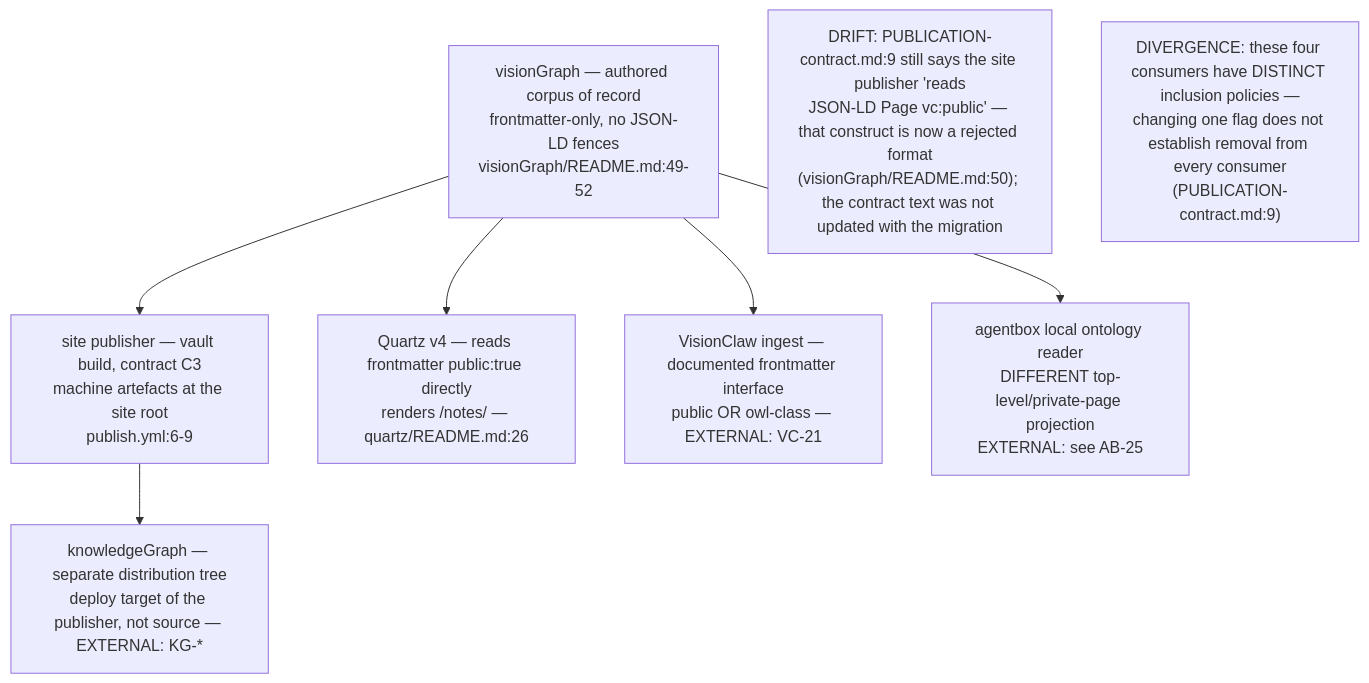
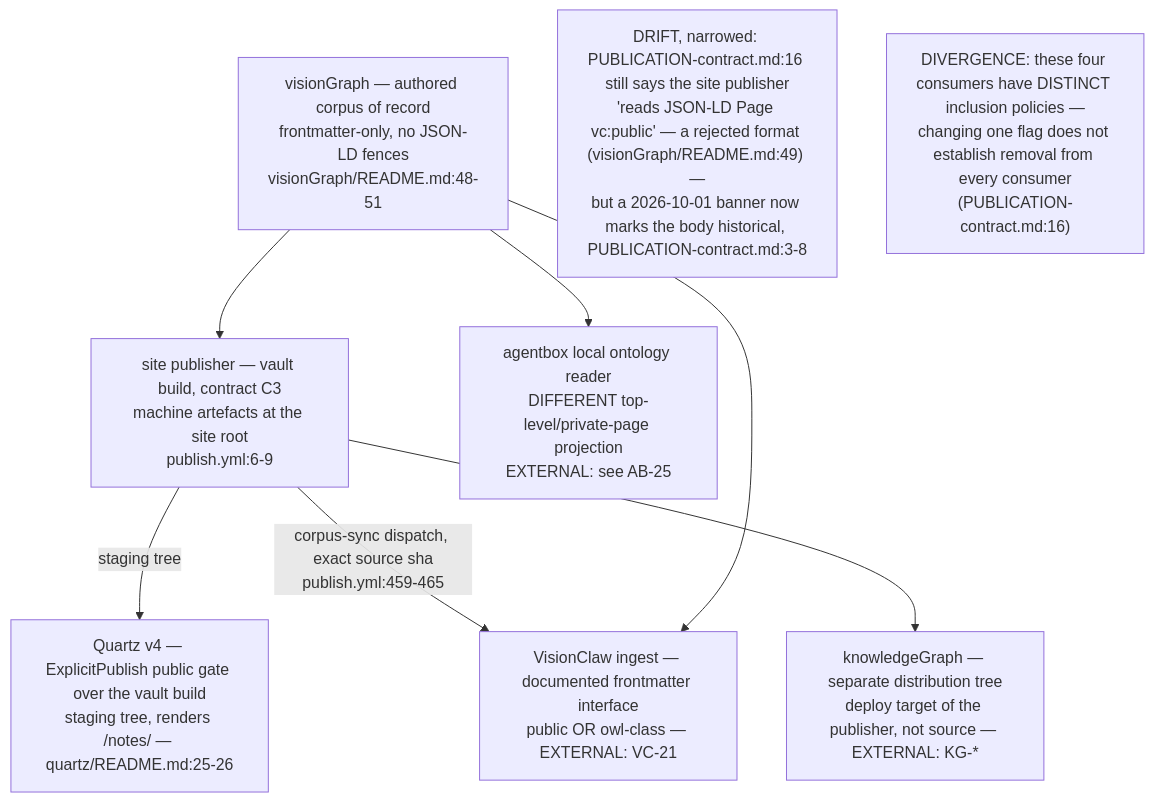
The second of 6 diagrams in docs/diagrams/visiongraph/01-vault-structure-and-contract.md (DreamLab-AI/VisionFlow), drawn with Mermaid before and after one commit. The commit also changed other lines of this file and 94 other files, not shown here.

First line of the commit message:
docs(diagrams): re-verify 130 topics against 2 October HEADs

````diff
--- a/docs/diagrams/visiongraph/01-vault-structure-and-contract.md
+++ b/docs/diagrams/visiongraph/01-vault-structure-and-contract.md
@@ -63,16 +69,17 @@
 ```mermaid
 flowchart TB
-    SRC["visionGraph — authored corpus of record<br/>frontmatter-only, no JSON-LD fences<br/>visionGraph/README.md:49-52"]
+    SRC["visionGraph — authored corpus of record<br/>frontmatter-only, no JSON-LD fences<br/>visionGraph/README.md:48-51"]
     SITE["site publisher — vault build, contract C3<br/>machine artefacts at the site root<br/>publish.yml:6-9"]
-    QRTZ["Quartz v4 — reads frontmatter public:true directly<br/>renders #47;notes#47; — quartz/README.md:26"]
+    QRTZ["Quartz v4 — ExplicitPublish public gate over the vault build<br/>staging tree, renders #47;notes#47; — quartz/README.md:25-26"]
     VC["VisionClaw ingest — documented frontmatter interface<br/>public OR owl-class — EXTERNAL: VC-21"]
     AB["agentbox local ontology reader<br/>DIFFERENT top-level/private-page projection<br/>EXTERNAL: see AB-25"]
     KG["knowledgeGraph — separate distribution tree<br/>deploy target of the publisher, not source — EXTERNAL: KG-*"]
     SRC --> SITE
-    SRC --> QRTZ
+    SITE -->|"staging tree"| QRTZ
+    SITE -->|"corpus-sync dispatch, exact source sha<br/>publish.yml:459-465"| VC
     SRC --> VC
     SRC --> AB
     SITE --> KG
-    note1["DRIFT: PUBLICATION-contract.md:9 still says the site publisher 'reads<br/>JSON-LD Page vc:public' — that construct is now a rejected format<br/>#40;visionGraph/README.md:50#41;; the contract text was not updated with the migration"]
-    note2["DIVERGENCE: these four consumers have DISTINCT inclusion policies —<br/>changing one flag does not establish removal from every consumer<br/>#40;PUBLICATION-contract.md:9#41;"]
+    note1["DRIFT, narrowed: PUBLICATION-contract.md:16 still says the site publisher<br/>'reads JSON-LD Page vc:public' — a rejected format #40;visionGraph/README.md:49#41; —<br/>but a 2026-10-01 banner now marks the body historical, PUBLICATION-contract.md:3-8"]
+    note2["DIVERGENCE: these four consumers have DISTINCT inclusion policies —<br/>changing one flag does not establish removal from every consumer<br/>#40;PUBLICATION-contract.md:16#41;"]
 ```
````
